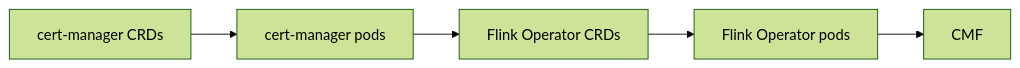
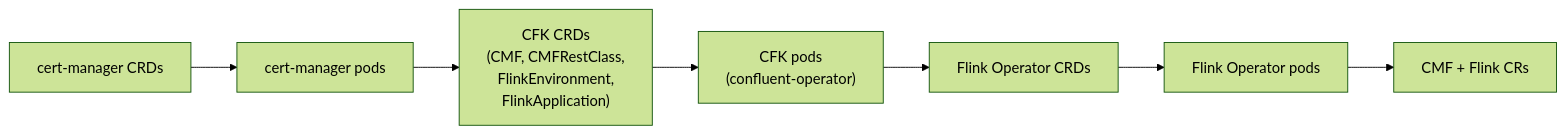
Before and after one commit to aadmassu/flink-on-k8s-with-cp: the second of 3 diagrams in README-PHASE-II.md, drawn with Mermaid (forest theme). The commit also changed other lines of this file, not shown here.

First line of the commit message:
Update Phase-II architecture and decisions based on CMF CRD analysis

````diff
--- a/README-PHASE-II.md
+++ b/README-PHASE-II.md
@@ -74,4 +91,4 @@
 ```mermaid
 flowchart LR
-    A["cert-manager CRDs"] --> B["cert-manager pods"] --> C["Flink Operator CRDs"] --> D["Flink Operator pods"] --> E["CMF"]
+    A["cert-manager CRDs"] --> B["cert-manager pods"] --> C["CFK CRDs<br>(CMF, CMFRestClass,<br>FlinkEnvironment,<br>FlinkApplication)"] --> D["CFK pods<br>(confluent-operator)"] --> E["Flink Operator CRDs"] --> F["Flink Operator pods"] --> G["CMF + Flink CRs"]
 ```
````
